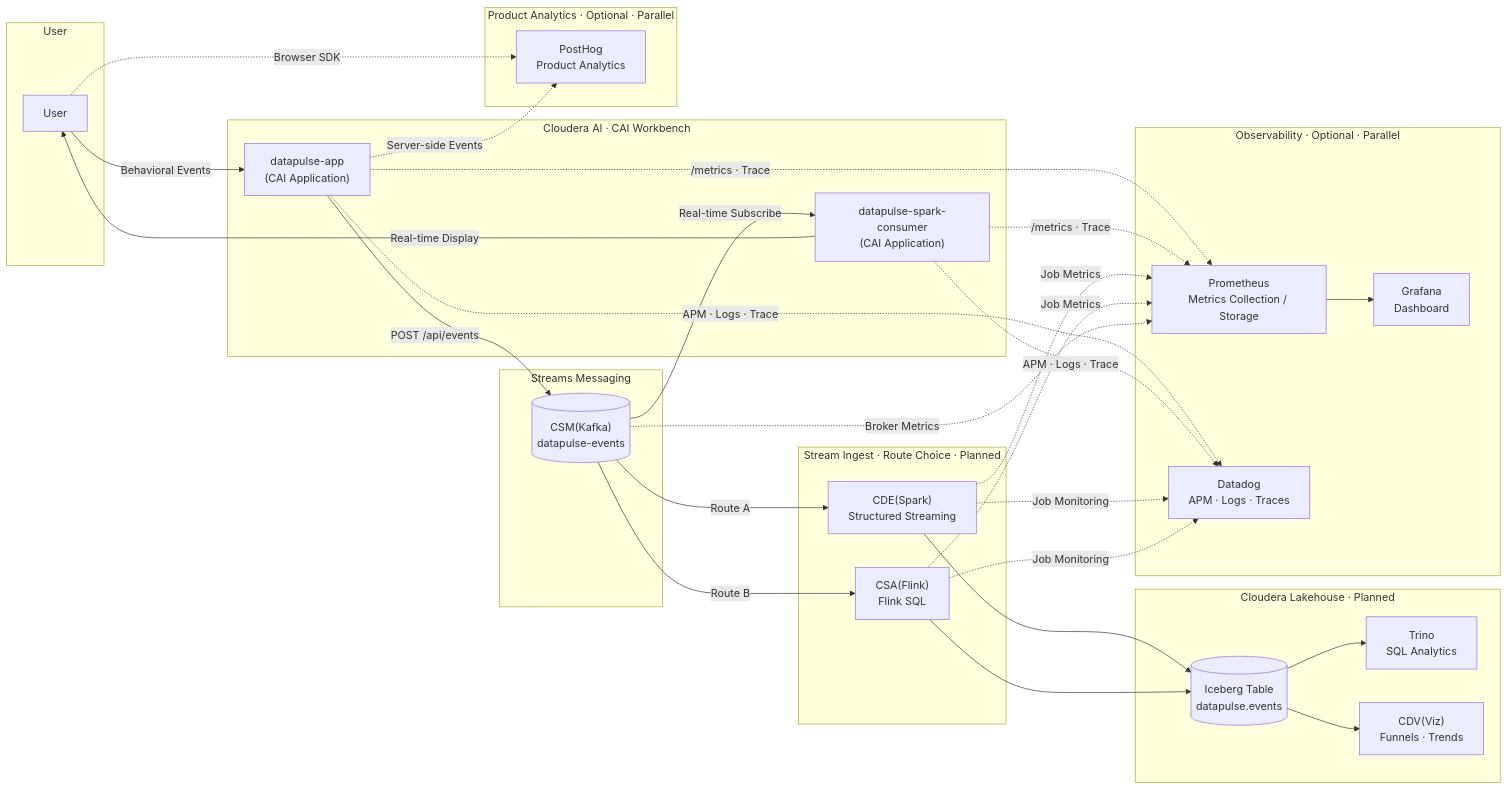
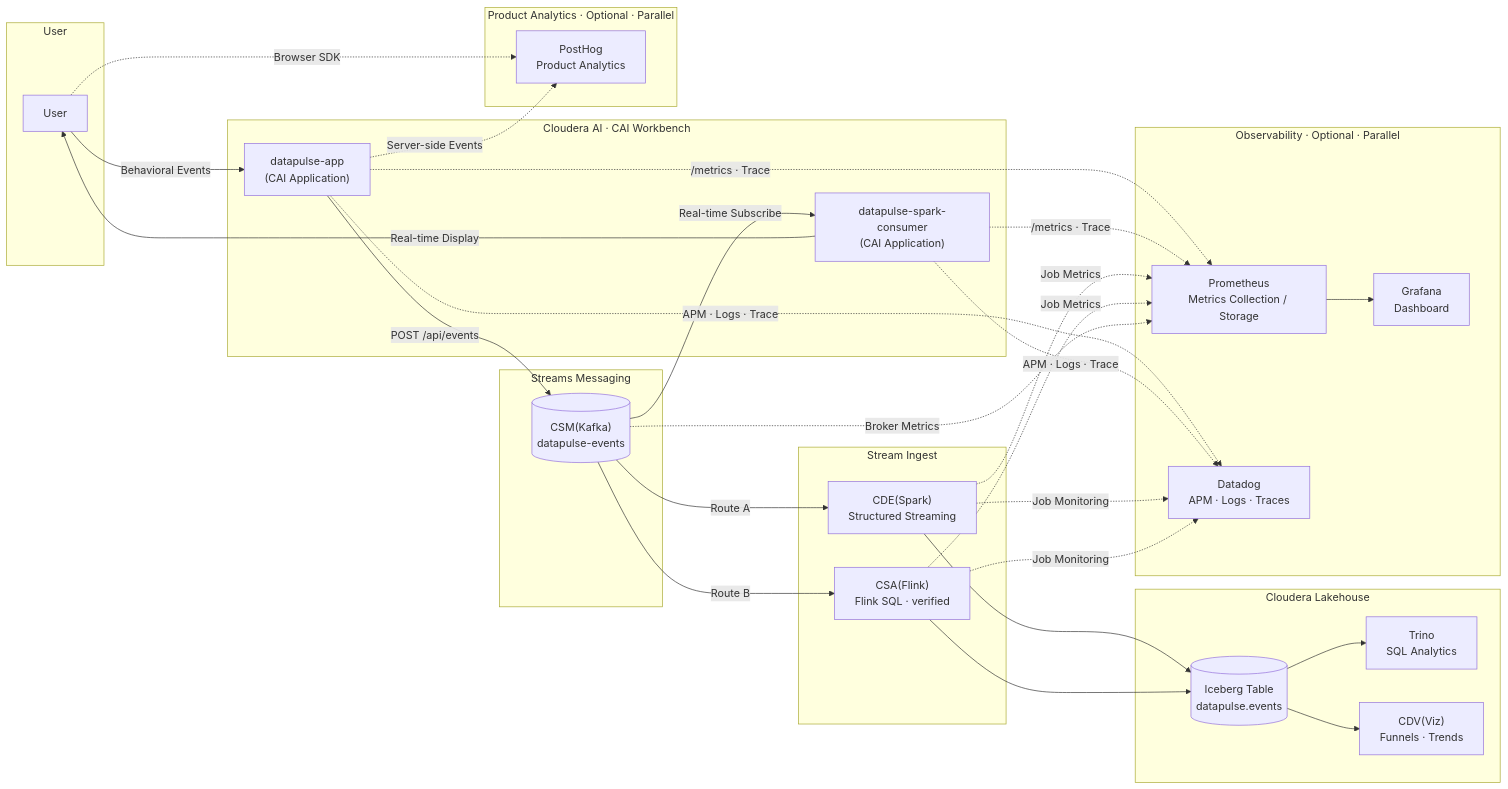
The diagram in README.md (will-sh/datapulse), drawn with Mermaid before and after one commit. The commit also changed other lines of this file and 2 other files, not shown here.

First line of the commit message:
docs: merge-ready architecture — CSA Flink verified path on main

````diff
--- a/README.md
+++ b/README.md
@@ -9,63 +9,63 @@
 ```mermaid
 flowchart LR
     subgraph UserLayer["User"]
         User["User"]
     end
 
     subgraph CAI["Cloudera AI · CAI Workbench"]
         Producer["datapulse-app<br/>(CAI Application)"]
         Consumer["datapulse-spark-consumer<br/>(CAI Application)"]
     end
 
     subgraph CSM["Streams Messaging"]
         Kafka[("CSM(Kafka)<br/>datapulse-events")]
     end
 
-    subgraph Ingest["Stream Ingest · Route Choice · Planned"]
+    subgraph Ingest["Stream Ingest"]
         CDE["CDE(Spark)<br/>Structured Streaming"]
-        CSA["CSA(Flink)<br/>Flink SQL"]
+        CSA["CSA(Flink)<br/>Flink SQL · verified"]
     end
 
-    subgraph Lakehouse["Cloudera Lakehouse · Planned"]
+    subgraph Lakehouse["Cloudera Lakehouse"]
         Table[("Iceberg Table<br/>datapulse.events")]
         Trino["Trino<br/>SQL Analytics"]
         CDV["CDV(Viz)<br/>Funnels · Trends"]
     end
 
     subgraph ProductAnalytics["Product Analytics · Optional · Parallel"]
         PostHog["PostHog<br/>Product Analytics"]
     end
 
     subgraph Observability["Observability · Optional · Parallel"]
         Prometheus["Prometheus<br/>Metrics Collection / Storage"]
         Grafana["Grafana<br/>Dashboard"]
         Datadog["Datadog<br/>APM · Logs · Traces"]
     end
 
     User -->|"Behavioral Events"| Producer
     Producer -->|"POST /api/events"| Kafka
     Kafka -->|"Real-time Subscribe"| Consumer
     Consumer -->|"Real-time Display"| User
 
     Kafka -->|"Route A"| CDE
     Kafka -->|"Route B"| CSA
     CDE --> Table
     CSA --> Table
     Table --> Trino
     Table --> CDV
 
     User -.->|"Browser SDK"| PostHog
     Producer -.->|"Server-side Events"| PostHog
 
     Producer -.->|"/metrics · Trace"| Prometheus
     Consumer -.->|"/metrics · Trace"| Prometheus
     CDE -.->|"Job Metrics"| Prometheus
     CSA -.->|"Job Metrics"| Prometheus
     Kafka -.->|"Broker Metrics"| Prometheus
     Prometheus --> Grafana
 
     Producer -.->|"APM · Logs · Trace"| Datadog
     Consumer -.->|"APM · Logs · Trace"| Datadog
     CDE -.->|"Job Monitoring"| Datadog
     CSA -.->|"Job Monitoring"| Datadog
 ```
````
